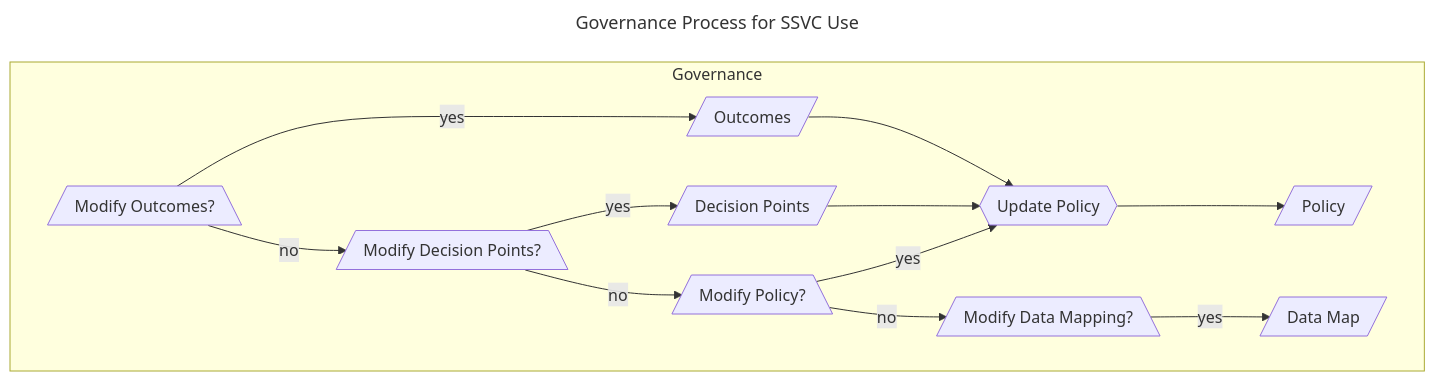
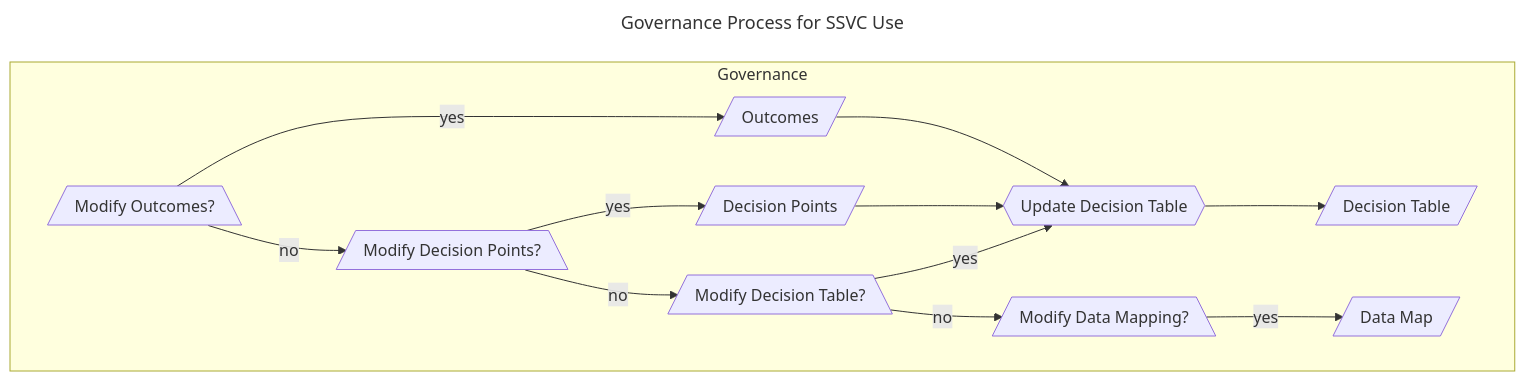
One commit to CERTCC/SSVC changed the seventh of 7 diagrams in docs/howto/bootstrap/prepare.md. Above: the diagram before and after it, drawn with Mermaid. The commit also changed other lines of this file and 21 other files, not shown here.

Commit message:
change "policy" to "decision table" in relevant docs

````diff
--- a/docs/howto/bootstrap/prepare.md
+++ b/docs/howto/bootstrap/prepare.md
@@ -307,30 +307,30 @@
 ```mermaid
 ---
 title: Governance Process for SSVC Use
 ---
 flowchart LR
 
 subgraph Governance
     direction LR
     ro[/Modify Outcomes?\]
     mdp[/Modify Decision Points?\]
-    rp[/Modify Policy?\]
+    rp[/Modify Decision Table?\]
     rds[/Modify Data Mapping?\]
     oc[/Outcomes/]
     dp[/Decision Points/]
     dm[/Data Map/]
-    um{{Update Policy}}
-    po[/Policy/]
+    um{{Update Decision Table}}
+    po[/Decision Table/]
 end
 
 ro -->|yes| oc
 oc --> um
 ro -->|no| mdp
 mdp -->|yes| dp
 dp --> um
 mdp -->|no| rp
 rp -->|yes| um
 rp -->|no| rds
 rds -->|yes| dm
 um --> po
 ```
````
